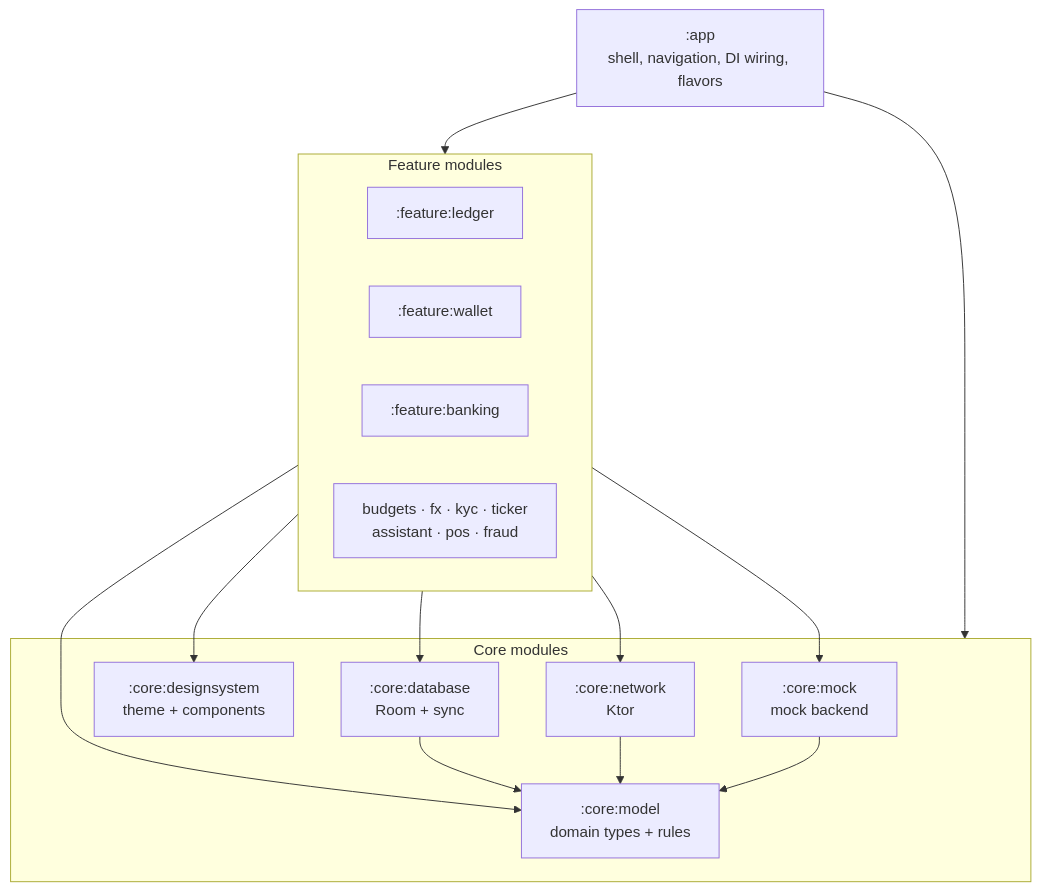
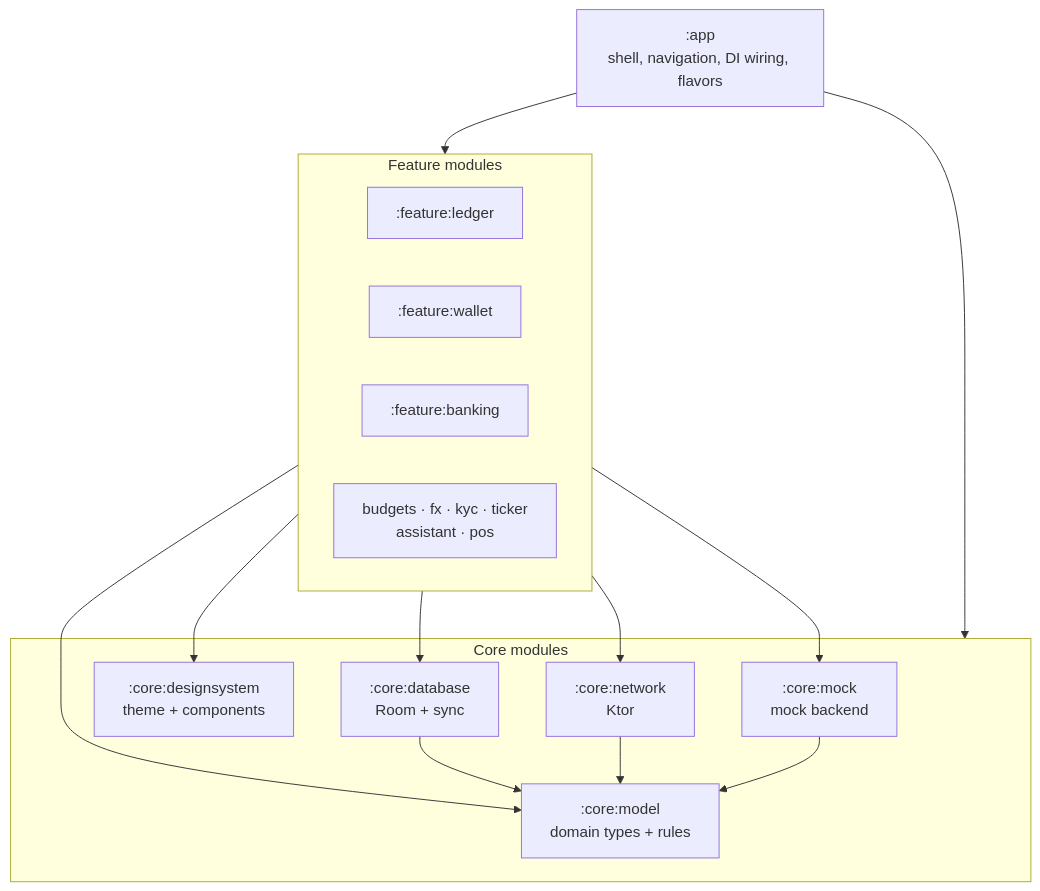
Before and after one commit to sourabhrustagi/Personal-ledger-android: the first of 2 diagrams in docs/ARCHITECTURE.md, drawn with Mermaid. The commit also changed other lines of this file and 59 other files, not shown here.

````diff
--- a/docs/ARCHITECTURE.md
+++ b/docs/ARCHITECTURE.md
@@ -9,27 +9,27 @@
 ```mermaid
 flowchart TD
     app[":app<br/>shell, navigation, DI wiring, flavors"]
     subgraph features [Feature modules]
         ledger[":feature:ledger"]
         wallet[":feature:wallet"]
         banking[":feature:banking"]
-        others["budgets · fx · kyc · ticker<br/>assistant · pos · fraud"]
+        others["budgets · fx · kyc · ticker<br/>assistant · pos"]
     end
     subgraph core [Core modules]
         model[":core:model<br/>domain types + rules"]
         db[":core:database<br/>Room + sync"]
         net[":core:network<br/>Ktor"]
         ds[":core:designsystem<br/>theme + components"]
         mock[":core:mock<br/>mock backend"]
     end
     app --> features
     app --> core
     features --> model
     features --> ds
     features --> db
     features --> net
     features --> mock
     db --> model
     net --> model
     mock --> model
 ```
````
